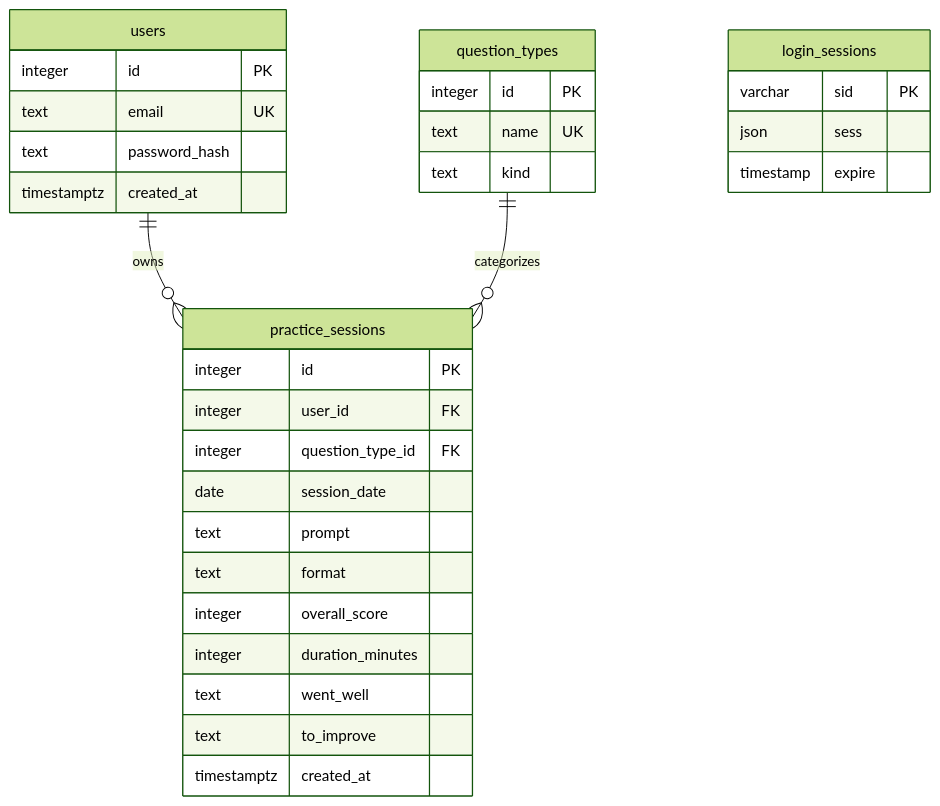
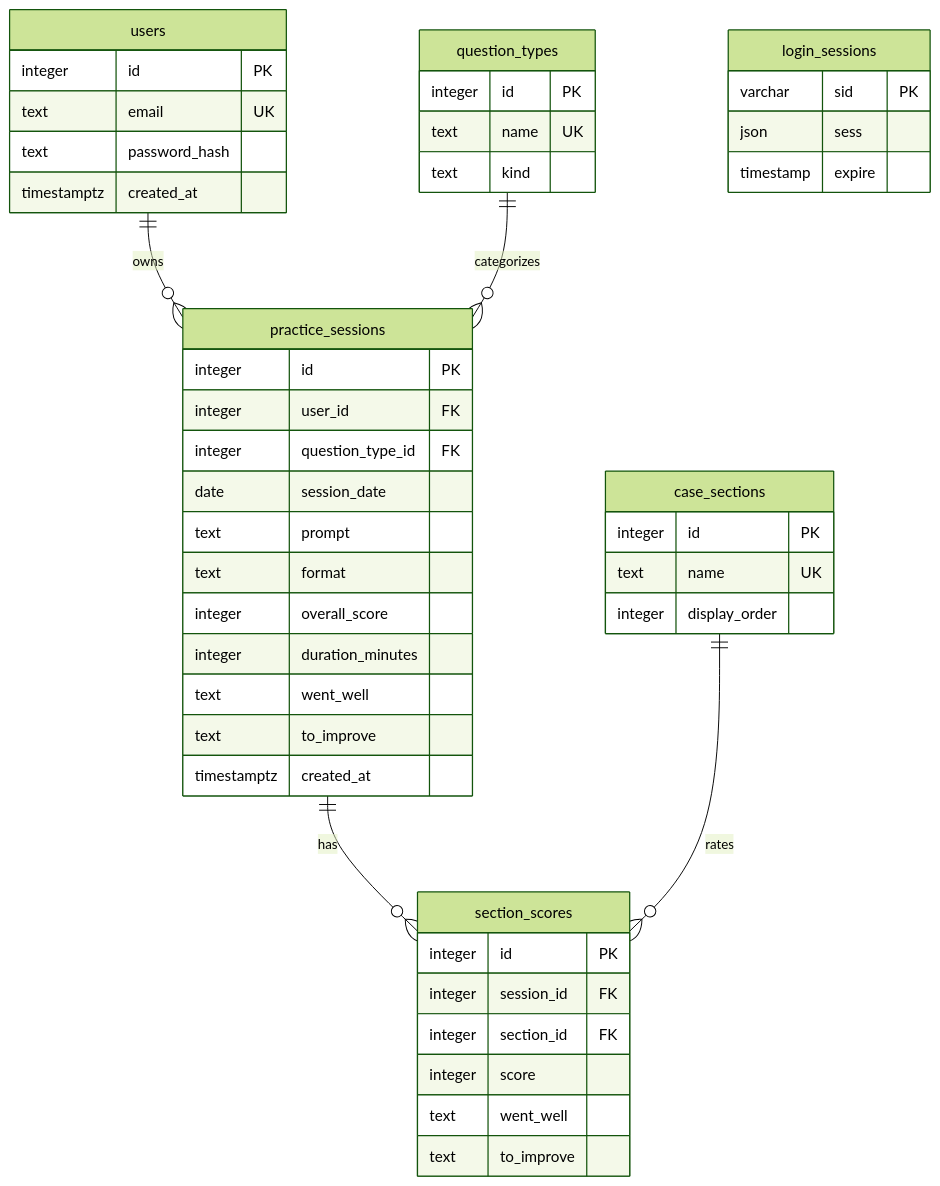
One commit to dshimada98/interviewprep changed the diagram in schema.md. Above: the diagram before and after it, drawn with Mermaid (forest theme). The commit also changed other lines of this file and 24 other files, not shown here.

First line of the commit message:
Update authentication and enhance practice session functionality

````diff
--- a/schema.md
+++ b/schema.md
@@ -86,34 +87,49 @@
 ```mermaid
 erDiagram
     users ||--o{ practice_sessions : owns
     question_types ||--o{ practice_sessions : categorizes
+    practice_sessions ||--o{ section_scores : has
+    case_sections ||--o{ section_scores : rates
     users {
         integer id PK
         text email UK
         text password_hash
         timestamptz created_at
     }
     question_types {
         integer id PK
         text name UK
         text kind
     }
     practice_sessions {
         integer id PK
         integer user_id FK
         integer question_type_id FK
         date session_date
         text prompt
         text format
         integer overall_score
         integer duration_minutes
         text went_well
         text to_improve
         timestamptz created_at
     }
+    case_sections {
+        integer id PK
+        text name UK
+        integer display_order
+    }
+    section_scores {
+        integer id PK
+        integer session_id FK
+        integer section_id FK
+        integer score
+        text went_well
+        text to_improve
+    }
     login_sessions {
         varchar sid PK
         json sess
         timestamp expire
     }
 ```
````
